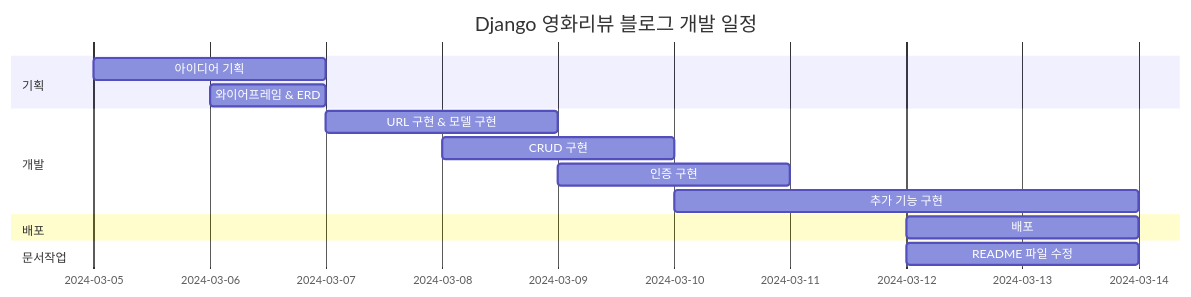
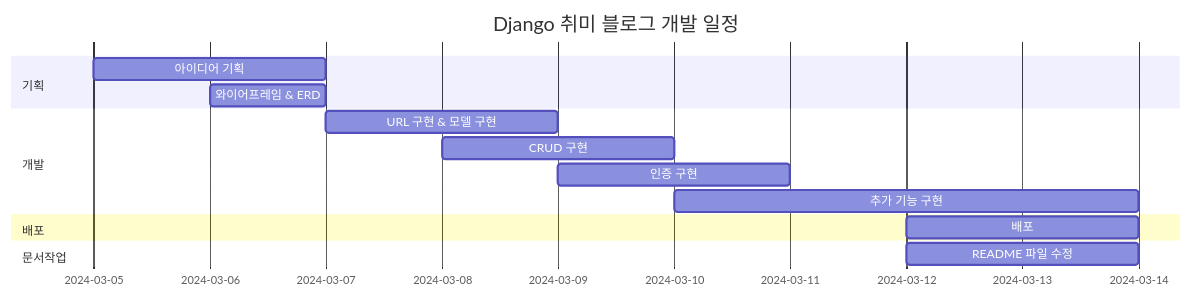
One commit to JoohyungDev/movie-review-blog changed the fourth of 4 diagrams in README.md. Above: the diagram before and after it, drawn with Mermaid. The commit also changed other lines of this file, not shown here.

````diff
--- a/README.md
+++ b/README.md
@@ -256,18 +287,18 @@
 ```mermaid
 gantt
     dateFormat  YYYY-MM-DD
-    title Django 영화리뷰 블로그 개발 일정
+    title Django 취미 블로그 개발 일정
     section 기획
     아이디어 기획 :a1, 2024-03-05, 2024-03-07
     와이어프레임 & ERD :a2, 2024-03-06, 2024-03-07
     section 개발
     URL 구현 & 모델 구현 :a3, 2024-03-07, 2024-03-09
     CRUD 구현 :a4, 2024-03-08, 2024-03-10
     인증 구현 :a5, 2024-03-09, 2024-03-11
     추가 기능 구현 :a6, 2024-03-10, 2024-03-14
     section 배포
     배포 :a7, 2024-03-12, 2024-03-14
     section 문서작업
     README 파일 수정 :a8, 2024-03-12, 2024-03-14
 
 ```
````
